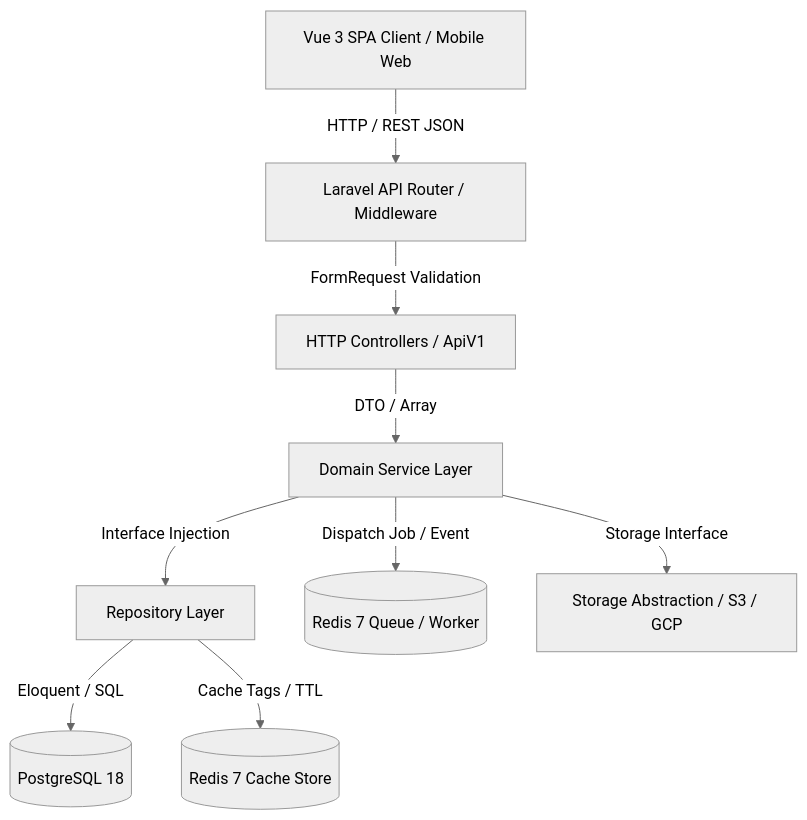
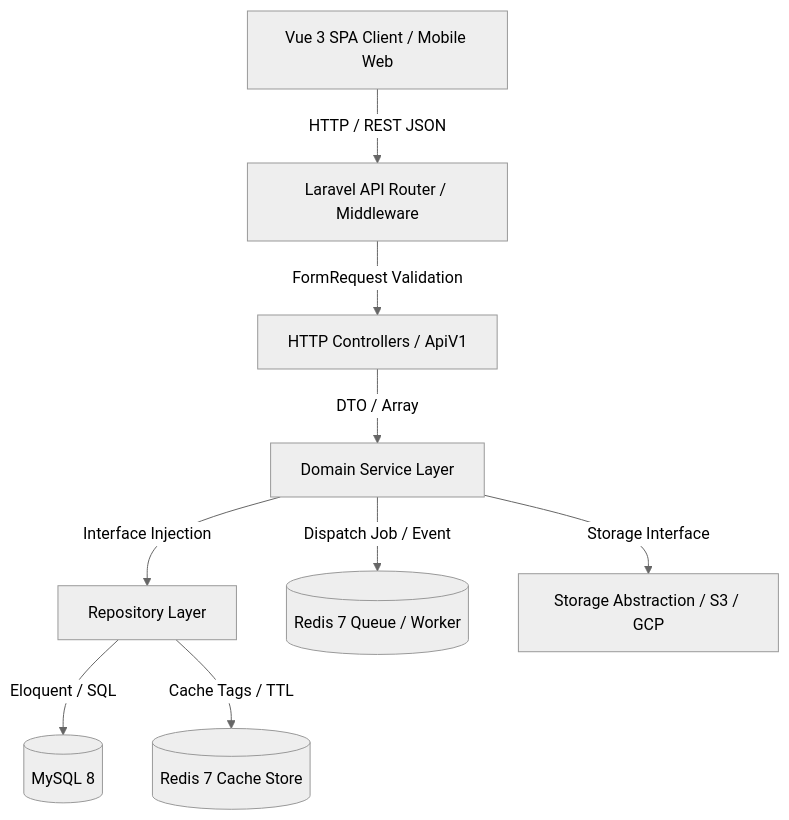
The diagram in docs/ARCHITECTURE.md (ernandopratama/suntrack), drawn with Mermaid (neutral theme) before and after one commit. The commit also changed other lines of this file and 10 other files, not shown here.

````diff
--- a/docs/ARCHITECTURE.md
+++ b/docs/ARCHITECTURE.md
@@ -23,11 +23,11 @@
 ```mermaid
 graph TD
     UI[Vue 3 SPA Client / Mobile Web] -->|HTTP / REST JSON| Router[Laravel API Router / Middleware]
     Router -->|FormRequest Validation| Controller[HTTP Controllers / ApiV1]
     Controller -->|DTO / Array| Service[Domain Service Layer]
     Service -->|Interface Injection| Repo[Repository Layer]
-    Repo -->|Eloquent / SQL| DB[(PostgreSQL 18)]
+    Repo -->|Eloquent / SQL| DB[(MySQL 8)]
     Repo -->|Cache Tags / TTL| Cache[(Redis 7 Cache Store)]
     Service -->|Dispatch Job / Event| Queue[(Redis 7 Queue / Worker)]
     Service -->|Storage Interface| Storage[Storage Abstraction / S3 / GCP]
 ```
````
